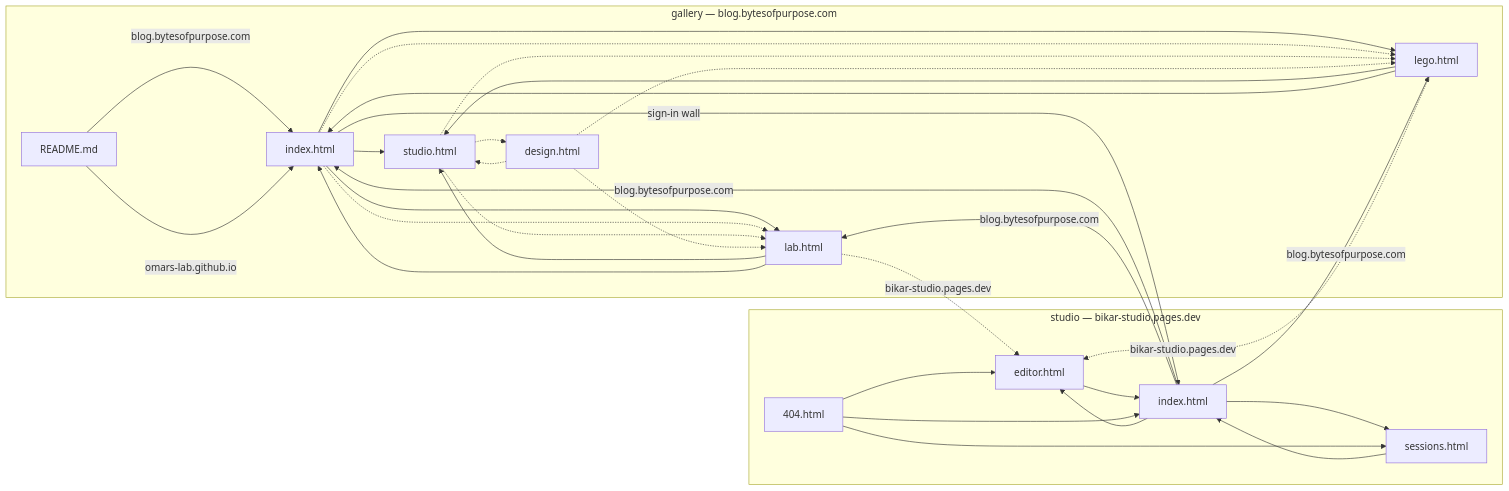
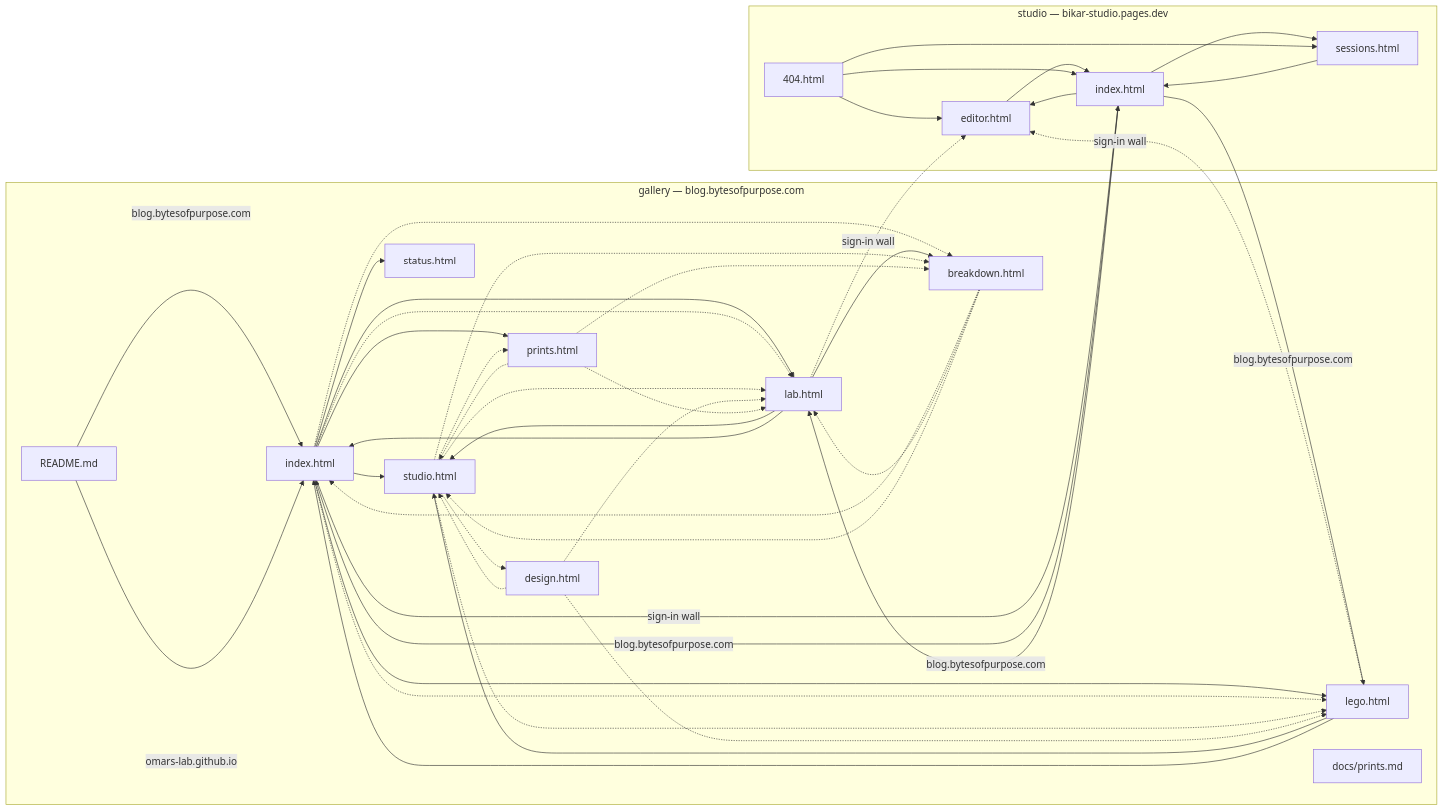
The diagram in docs/site-graph.md (omars-lab/3d-models), drawn with Mermaid before and after one commit. The commit also changed other lines of this file and 3 other files, not shown here.

````diff
--- a/docs/site-graph.md
+++ b/docs/site-graph.md
@@ -6,47 +6,63 @@
 ```mermaid
 flowchart LR
   subgraph gallery["gallery — blog.bytesofpurpose.com"]
     G_index["index.html"]
     G_studio["studio.html"]
     G_lab["lab.html"]
     G_lego["lego.html"]
     G_design["design.html"]
+    G_breakdown["breakdown.html"]
     G_readme["README.md"]
+    G_prints["prints.html"]
+    G_status["status.html"]
+    G_prints-reader["docs/prints.md"]
   end
   subgraph studio["studio — bikar-studio.pages.dev"]
     S_index["index.html"]
     S_editor["editor.html"]
     S_sessions["sessions.html"]
     S_404["404.html"]
   end
   G_index --> G_studio
   G_index --> G_lab
   G_index --> G_lego
   G_index -.-> G_lab
   G_index -.-> G_lego
   G_readme -->|"blog.bytesofpurpose.com"| G_index
   G_readme -->|"omars-lab.github.io"| G_index
   G_index -->|"sign-in wall"| S_index
   G_lab --> G_studio
   G_lab --> G_index
   G_lego --> G_studio
   G_lego --> G_index
-  G_lab -.->|"bikar-studio.pages.dev"| S_editor
-  G_lego -.->|"bikar-studio.pages.dev"| S_editor
+  G_lab -.->|"sign-in wall"| S_editor
+  G_lego -.->|"sign-in wall"| S_editor
   G_studio -.-> G_lab
   G_studio -.-> G_lego
   G_studio -.-> G_design
   G_design -.-> G_studio
   G_design -.-> G_lab
   G_design -.-> G_lego
   S_index --> S_editor
   S_index --> S_sessions
   S_index -->|"blog.bytesofpurpose.com"| G_index
   S_index -->|"blog.bytesofpurpose.com"| G_lab
   S_index -->|"blog.bytesofpurpose.com"| G_lego
   S_editor --> S_index
   S_sessions --> S_index
   S_404 --> S_index
   S_404 --> S_editor
   S_404 --> S_sessions
+  G_index -.-> G_breakdown
+  G_lab --> G_breakdown
+  G_studio -.-> G_breakdown
+  G_breakdown -.-> G_index
+  G_breakdown -.-> G_lab
+  G_breakdown -.-> G_studio
+  G_index --> G_prints
+  G_index --> G_status
+  G_studio -.-> G_prints
+  G_prints -.-> G_studio
+  G_prints -.-> G_breakdown
+  G_prints -.-> G_lab
 ```
````
